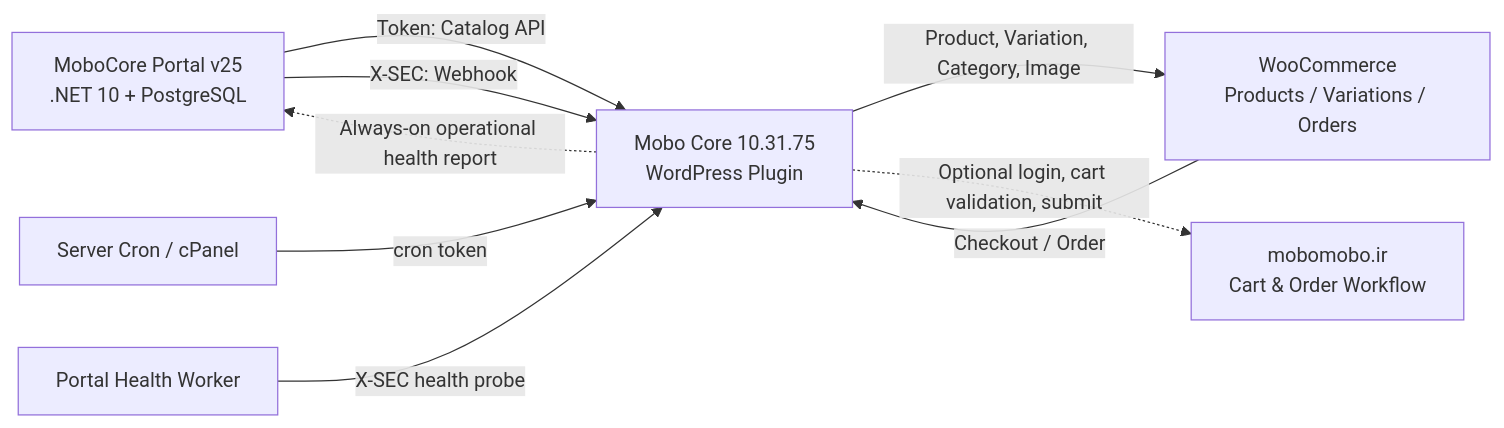
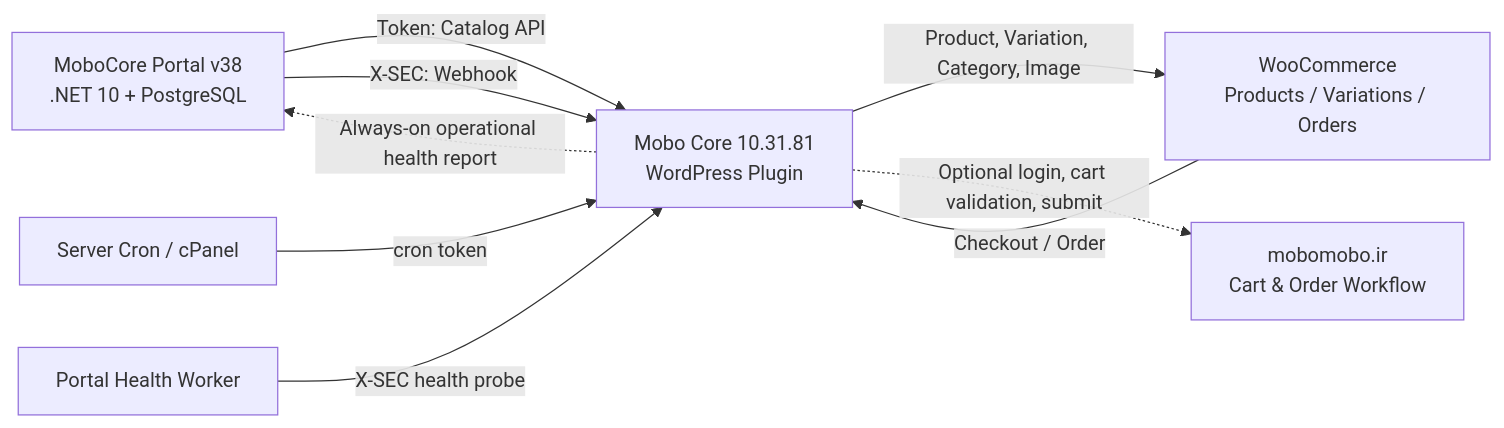
Before and after one commit to PedramDev/mobo-core: the first of 12 diagrams in wp-content/plugins/mobo-core/DIAGRAMS.MD, drawn with Mermaid. The commit also changed other lines of this file and 27 other files, not shown here.

````diff
--- a/wp-content/plugins/mobo-core/DIAGRAMS.MD
+++ b/wp-content/plugins/mobo-core/DIAGRAMS.MD
@@ -21,18 +21,18 @@
 ```mermaid
 flowchart LR
-    P["MoboCore Portal v25<br/>.NET 10 + PostgreSQL"]
-    W["Mobo Core 10.31.75<br/>WordPress Plugin"]
+    P["MoboCore Portal v38<br/>.NET 10 + PostgreSQL"]
+    W["Mobo Core 10.31.81<br/>WordPress Plugin"]
     WC["WooCommerce<br/>Products / Variations / Orders"]
     M["mobomobo.ir<br/>Cart & Order Workflow"]
     C["Server Cron / cPanel"]
     H["Portal Health Worker"]
 
     P -- "Token: Catalog API" --> W
     P -- "X-SEC: Webhook" --> W
     W -- "Product, Variation, Category, Image" --> WC
     WC -- "Checkout / Order" --> W
     W -. "Optional login, cart validation, submit" .-> M
     C -- "cron token" --> W
     H -- "X-SEC health probe" --> W
     W -. "Always-on operational health report" .-> P
 ```
````
